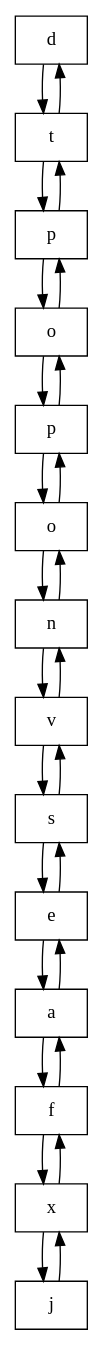
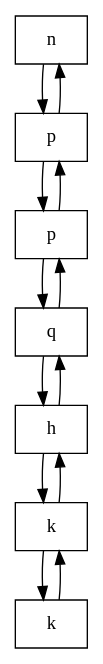
Before and after one commit to AdriGomez95/EDD_1S2020_PY1_201504236-master: the diagram in FichasDeJugador1.dot, drawn with Graphviz. The commit also changed 19 other files, not shown here.

```diff
--- a/FichasDeJugador1.dot
+++ b/FichasDeJugador1.dot
@@ -1,16 +1,9 @@
 digraph G{
-node0[shape = record,label = "d"];
-node1[shape = record,label = "t"];
+node0[shape = record,label = "n"];
+node1[shape = record,label = "p"];
 node2[shape = record,label = "p"];
-node3[shape = record,label = "o"];
-node4[shape = record,label = "p"];
-node5[shape = record,label = "o"];
-node6[shape = record,label = "n"];
-node7[shape = record,label = "v"];
-node8[shape = record,label = "s"];
-node9[shape = record,label = "e"];
-node10[shape = record,label = "a"];
-node11[shape = record,label = "f"];
-node12[shape = record,label = "x"];
-node13[shape = record,label = "j"];
-node0->node1->node2->node3->node4->node5->node6->node7->node8->node9->node10->node11->node12->node13;node13->node12->node11->node10->node9->node8->node7->node6->node5->node4->node3->node2->node1->node0;}
+node3[shape = record,label = "q"];
+node4[shape = record,label = "h"];
+node5[shape = record,label = "k"];
+node6[shape = record,label = "k"];
+node0->node1->node2->node3->node4->node5->node6;node6->node5->node4->node3->node2->node1->node0;}
```
